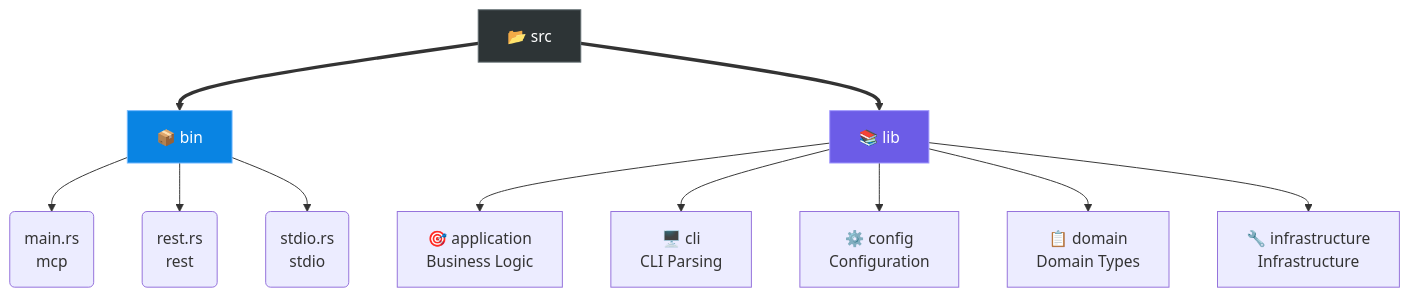
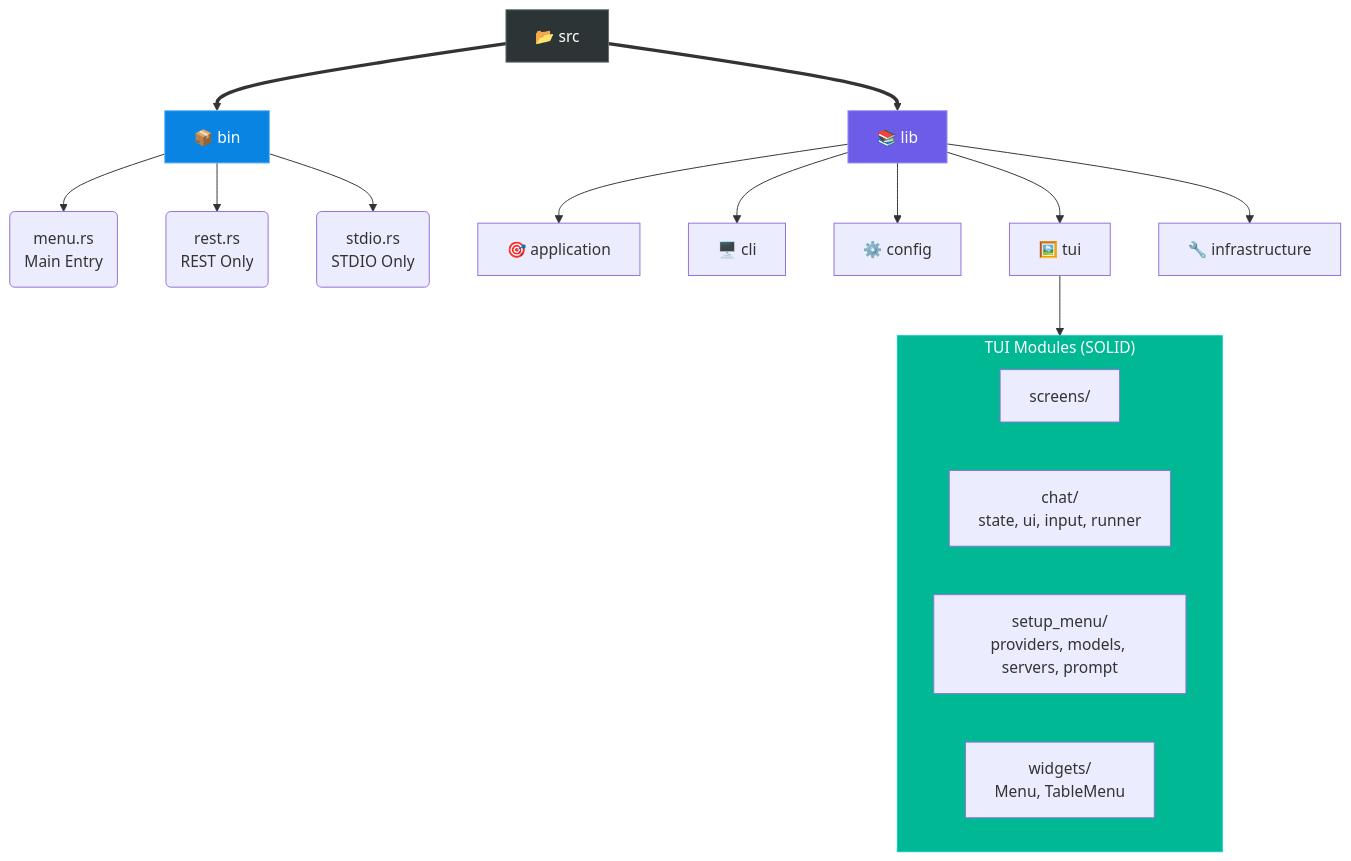
One commit to tsfarizi/antikhitera-mcp-client changed the seventh of 8 diagrams in README.md. Above: the diagram before and after it, drawn with Mermaid. The commit also changed other lines of this file and 1 other file, not shown here.

````diff
--- a/README.md
+++ b/README.md
@@ -238,28 +329,29 @@
 ```mermaid
 graph TD
     SRC[📂 src] ==> BIN[📦 bin]
     SRC ==> LIB[📚 lib]
     
-    BIN --> MAIN(main.rs<br/>mcp)
-    BIN --> REST(rest.rs<br/>rest)
-    BIN --> STD(stdio.rs<br/>stdio)
+    BIN --> MAIN("menu.rs<br/>Main Entry")
+    BIN --> REST("rest.rs<br/>REST Only")
+    BIN --> STD("stdio.rs<br/>STDIO Only")
     
-    LIB --> APP[🎯 application<br/>Business Logic]
-    LIB --> CLI[🖥️ cli<br/>CLI Parsing]
-    LIB --> CFG[⚙️ config<br/>Configuration]
-    LIB --> DOM[📋 domain<br/>Domain Types]
-    LIB --> INF[🔧 infrastructure<br/>Infrastructure]
+    LIB --> APP[🎯 application]
+    LIB --> CLI[🖥️ cli]
+    LIB --> CFG[⚙️ config]
+    LIB --> TUI[🖼️ tui]
+    LIB --> INF[🔧 infrastructure]
     
-    click MAIN "src/bin/main.rs"
-    click REST "src/bin/rest.rs"
-    click STD "src/bin/stdio.rs"
-    click APP "src/lib/application"
-    click CLI "src/lib/cli"
-    click CFG "src/lib/config"
-    click DOM "src/lib/domain"
-    click INF "src/lib/infrastructure"
+    subgraph TUImod["TUI Modules (SOLID)"]
+        SCREENS["screens/"]
+        CHAT["chat/<br/>state, ui, input, runner"]
+        SETUP_M["setup_menu/<br/>providers, models, servers, prompt"]
+        WIDGETS["widgets/<br/>Menu, TableMenu"]
+    end
+    
+    TUI --> TUImod
     
     style SRC fill:#2d3436,stroke:#636e72,color:#fff
     style BIN fill:#0984e3,stroke:#74b9ff,color:#fff
     style LIB fill:#6c5ce7,stroke:#a29bfe,color:#fff
+    style TUImod fill:#00b894,stroke:#00cec9,color:#fff
 ```
````
